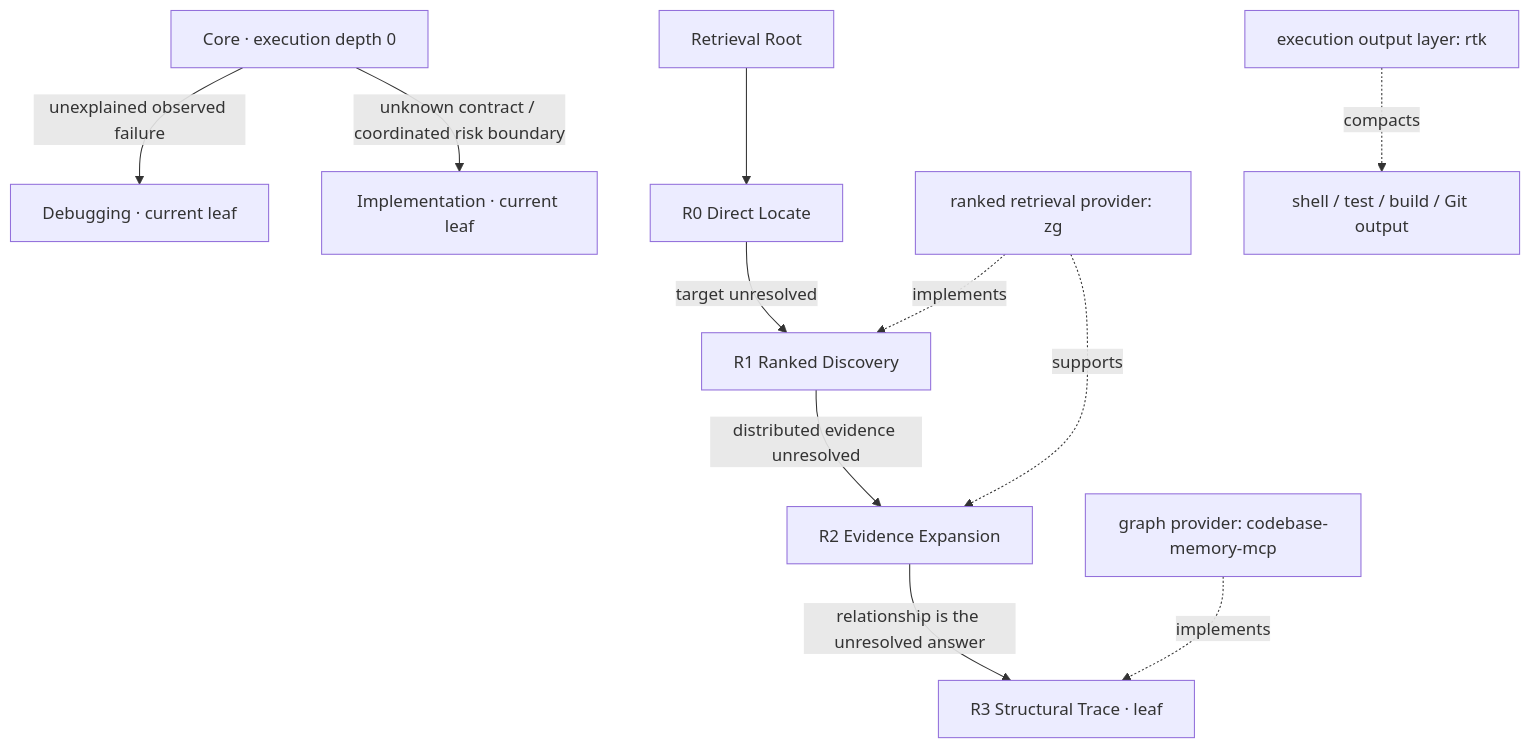
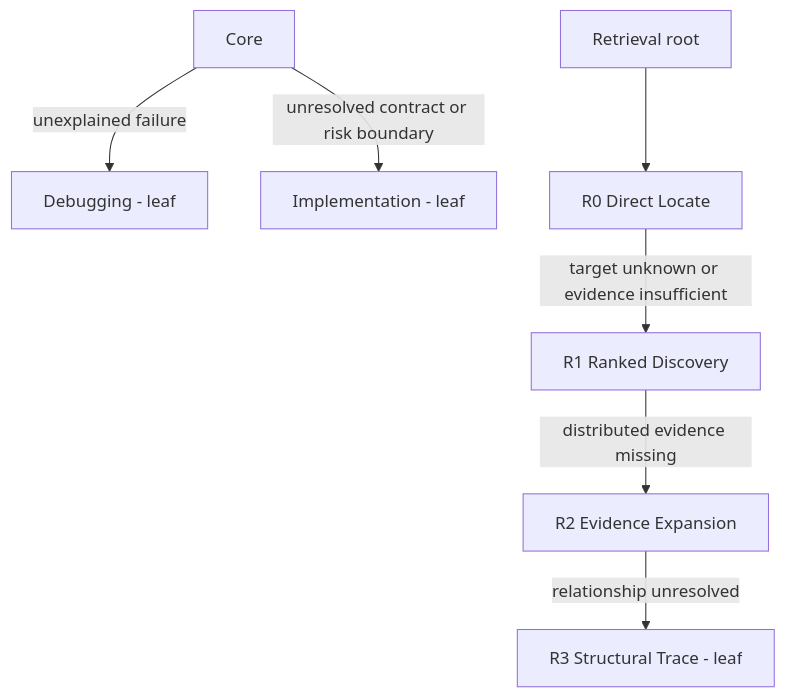
One commit to Hubujiu/practical-coding changed the diagram in README.md. Above: the diagram before and after it, drawn with Mermaid. The commit also changed other lines of this file and 37 other files, not shown here.

````diff
--- a/README.md
+++ b/README.md
@@ -11,16 +11,9 @@
 ```mermaid
 flowchart TD
-  Core[Core · execution depth 0]
-  Core -->|unexplained observed failure| Debugging[Debugging · current leaf]
-  Core -->|unknown contract / coordinated risk boundary| Implementation[Implementation · current leaf]
-
-  Retrieval[Retrieval Root] --> Direct[R0 Direct Locate]
-  Direct -->|target unresolved| Discovery[R1 Ranked Discovery]
-  Discovery -->|distributed evidence unresolved| Evidence[R2 Evidence Expansion]
-  Evidence -->|relationship is the unresolved answer| Structural[R3 Structural Trace · leaf]
-
-  ZG[ranked retrieval provider: zg] -. implements .-> Discovery
-  ZG -. supports .-> Evidence
-  CBM[graph provider: codebase-memory-mcp] -. implements .-> Structural
-  RTK[execution output layer: rtk] -. compacts .-> Commands[shell / test / build / Git output]
+  Core[Core] -->|unexplained failure| Debugging[Debugging - leaf]
+  Core -->|unresolved contract or risk boundary| Implementation[Implementation - leaf]
+  Retrieval[Retrieval root] --> Direct[R0 Direct Locate]
+  Direct -->|target unknown or evidence insufficient| Discovery[R1 Ranked Discovery]
+  Discovery -->|distributed evidence missing| Evidence[R2 Evidence Expansion]
+  Evidence -->|relationship unresolved| Structural[R3 Structural Trace - leaf]
 ```
````
